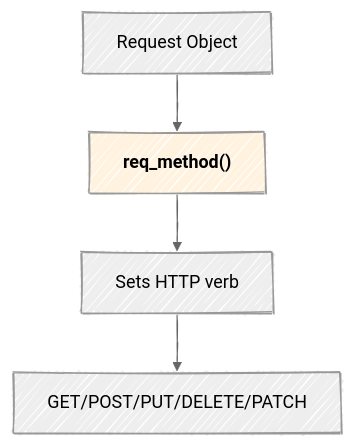
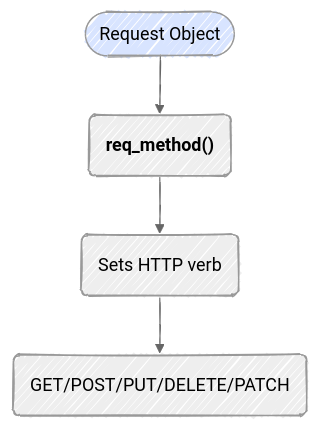
One commit to mjfrigaard/do4ds-labs changed the second of 10 diagrams in r-app-api.qmd. Above: the diagram before and after it, drawn with Mermaid. The commit also changed other lines of this file and 18 other files, not shown here.

````diff
--- a/r-app-api.qmd
+++ b/r-app-api.qmd
@@ -304,12 +303,13 @@
 ```{mermaid}
 %%| fig-width: 6.5
 %%| fig-align: center
 %%{init: {'theme': 'neutral', 'look': 'handDrawn', 'themeVariables': { 'fontFamily': 'monospace'}}}%%
 
 graph TD
-	A[Request Object] --> B["<strong>req_method()</strong>"]
-	B --> C[Sets HTTP verb]
-	C --> D[GET/POST/PUT/DELETE/PATCH]
+	A(["Request Object"]) --> B("<strong>req_method()</strong>")
+	B --> C("Sets HTTP verb")
+	C --> D("GET/POST/PUT/DELETE/PATCH")
 
-style B fill:#fff3e0
+style A fill:#d8e4ff
+
 ```
````
